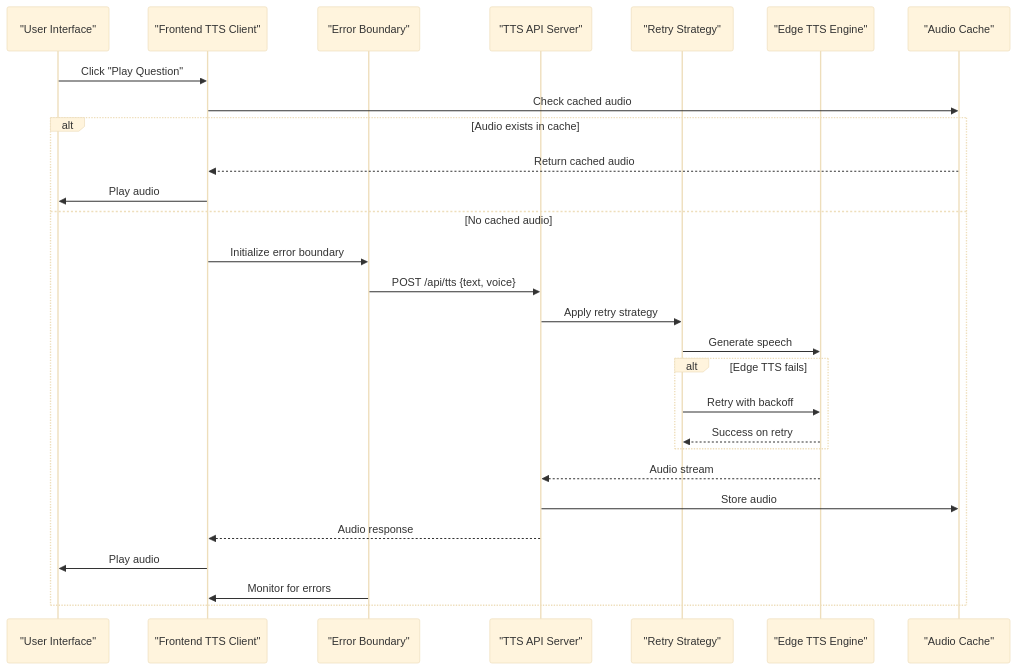
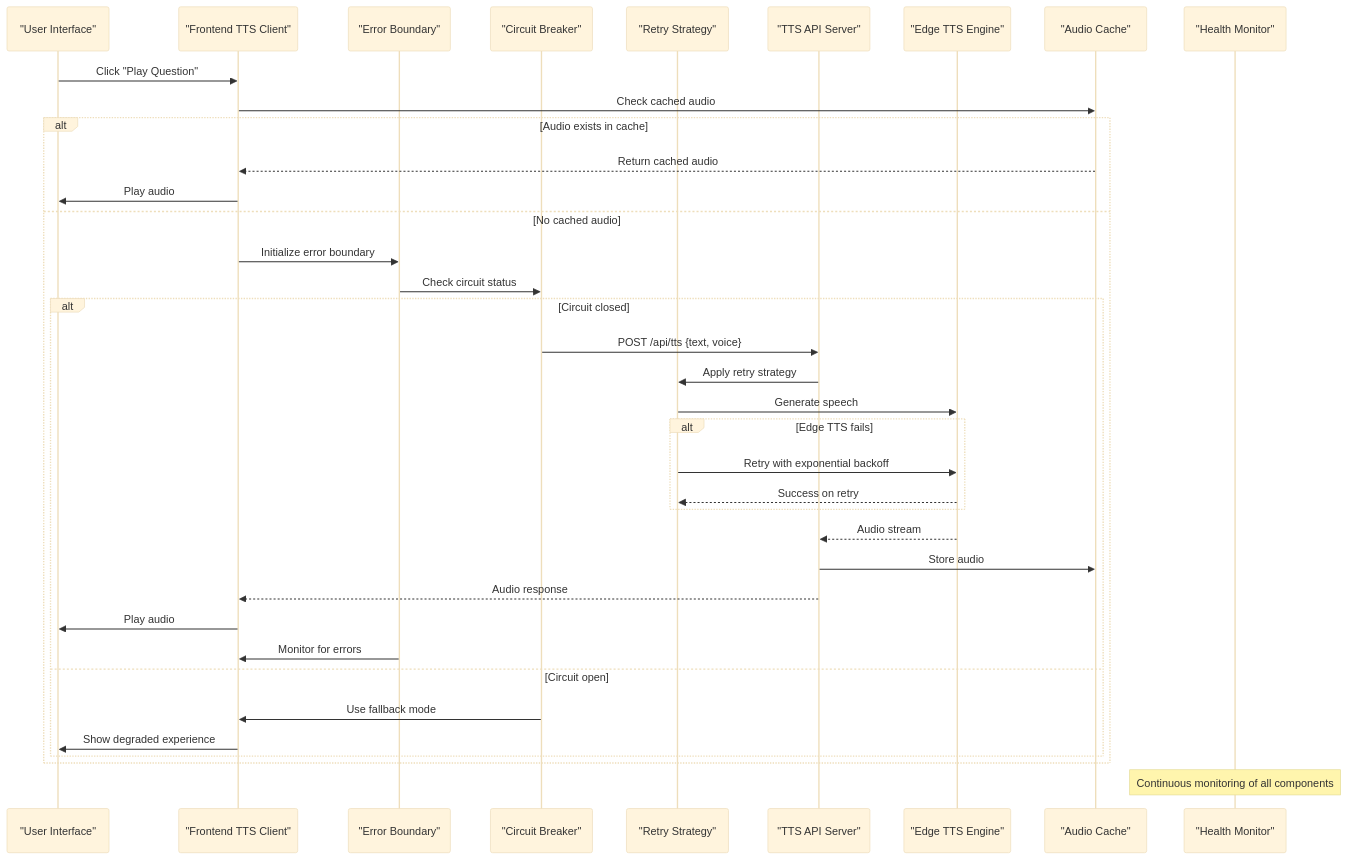
One commit to zmyeo54/briefroom changed the second of 4 diagrams in .qoder/repowiki/en/content/Core Features/Text-to-Speech Integration.md. Above: the diagram before and after it, drawn with Mermaid (base theme). The commit also changed other lines of this file and 41 other files, not shown here.

First line of the commit message:
docs(core-features): add detailed documentation for Mindmap Visualization and Onboarding Tour System

````diff
--- a/.qoder/repowiki/en/content/Core Features/Text-to-Speech Integration.md
+++ b/.qoder/repowiki/en/content/Core Features/Text-to-Speech Integration.md
@@ -115,30 +122,39 @@
 ```mermaid
 sequenceDiagram
 participant User as "User Interface"
 participant Frontend as "Frontend TTS Client"
 participant ErrorHandler as "Error Boundary"
+participant CircuitBreaker as "Circuit Breaker"
+participant RetryManager as "Retry Strategy"
 participant API as "TTS API Server"
-participant RetryManager as "Retry Strategy"
 participant EdgeTTS as "Edge TTS Engine"
 participant Cache as "Audio Cache"
+participant HealthMonitor as "Health Monitor"
 User->>Frontend : Click "Play Question"
 Frontend->>Cache : Check cached audio
 alt Audio exists in cache
 Cache-->>Frontend : Return cached audio
 Frontend->>User : Play audio
 else No cached audio
 Frontend->>ErrorHandler : Initialize error boundary
-ErrorHandler->>API : POST /api/tts {text, voice}
+ErrorHandler->>CircuitBreaker : Check circuit status
+alt Circuit closed
+CircuitBreaker->>API : POST /api/tts {text, voice}
 API->>RetryManager : Apply retry strategy
 RetryManager->>EdgeTTS : Generate speech
 alt Edge TTS fails
-RetryManager->>EdgeTTS : Retry with backoff
+RetryManager->>EdgeTTS : Retry with exponential backoff
 EdgeTTS-->>RetryManager : Success on retry
 end
 EdgeTTS-->>API : Audio stream
 API->>Cache : Store audio
 API-->>Frontend : Audio response
 Frontend->>User : Play audio
 ErrorHandler->>Frontend : Monitor for errors
+else Circuit open
+CircuitBreaker->>Frontend : Use fallback mode
+Frontend->>User : Show degraded experience
 end
+end
+Note over HealthMonitor : Continuous monitoring of all components
 ```
````
